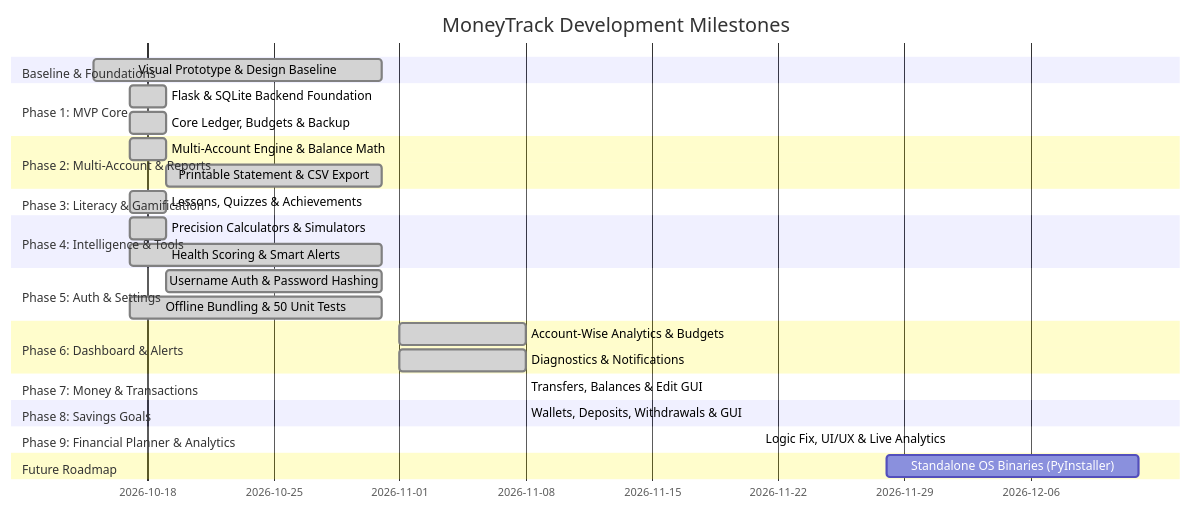
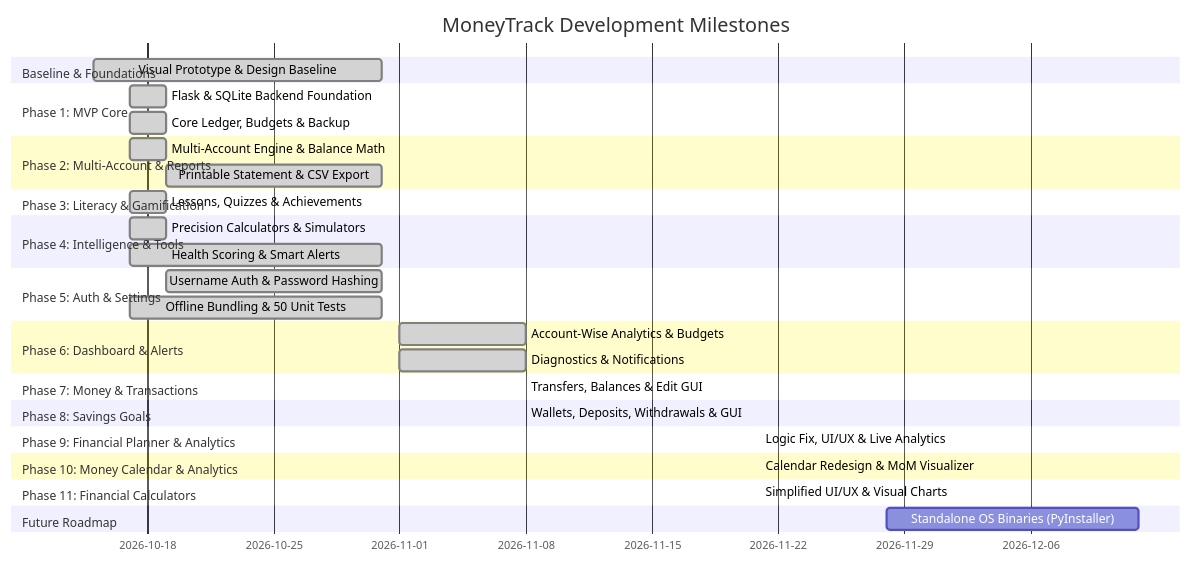
The diagram in doc/TASKS.md (codevm-git/MoneyTrack), drawn with Mermaid before and after one commit. The commit also changed other lines of this file and 8 other files, not shown here.

Commit message:
feat(calculators): simplify UI/UX, verify formulas, add savings SIP calculator, and add visual Chart.js graphs

````diff
--- a/doc/TASKS.md
+++ b/doc/TASKS.md
@@ -17,32 +17,36 @@
 ```mermaid
 gantt
     title MoneyTrack Development Milestones
     dateFormat  YYYY-MM-DD
     section Baseline & Foundations
     Visual Prototype & Design Baseline  :done, p0, 2026-10-15, 2026-10-31
     section Phase 1: MVP Core
     Flask & SQLite Backend Foundation   :done, p1_1, 2026-10-17, 2026-10-19
     Core Ledger, Budgets & Backup       :done, p1_2, 2026-10-17, 2026-10-19
     section Phase 2: Multi-Account & Reports
     Multi-Account Engine & Balance Math :done, p2_1, 2026-10-17, 2026-10-19
     Printable Statement & CSV Export    :done, p2_2, 2026-10-19, 2026-10-31
     section Phase 3: Literacy & Gamification
     Lessons, Quizzes & Achievements     :done, p3_1, 2026-10-17, 2026-10-19
     section Phase 4: Intelligence & Tools
     Precision Calculators & Simulators  :done, p4_1, 2026-10-17, 2026-10-19
     Health Scoring & Smart Alerts       :done, p4_2, 2026-10-17, 2026-10-31
     section Phase 5: Auth & Settings
     Username Auth & Password Hashing    :done, p5_1, 2026-10-19, 2026-10-31
     Offline Bundling & 50 Unit Tests    :done, p5_2, 2026-10-17, 2026-10-31
     section Phase 6: Dashboard & Alerts
     Account-Wise Analytics & Budgets    :done, p6_1, 2026-11-01, 2026-11-08
     Diagnostics & Notifications         :done, p6_2, 2026-11-01, 2026-11-08
     section Phase 7: Money & Transactions
     Transfers, Balances & Edit GUI      :done, p7_1, 2026-11-08, 2026-11-08
     section Phase 8: Savings Goals
     Wallets, Deposits, Withdrawals & GUI:done, p8_1, 2026-11-08, 2026-11-08
     section Phase 9: Financial Planner & Analytics
     Logic Fix, UI/UX & Live Analytics   :done, p9_1, 2026-11-21, 2026-11-21
+    section Phase 10: Money Calendar & Analytics
+    Calendar Redesign & MoM Visualizer  :done, p10_1, 2026-11-21, 2026-11-21
+    section Phase 11: Financial Calculators
+    Simplified UI/UX & Visual Charts    :done, p11_1, 2026-11-21, 2026-11-21
     section Future Roadmap
-    Standalone OS Binaries (PyInstaller):p10_1, 2026-11-28, 14d
+    Standalone OS Binaries (PyInstaller):p12_1, 2026-11-28, 14d
 ```
````
